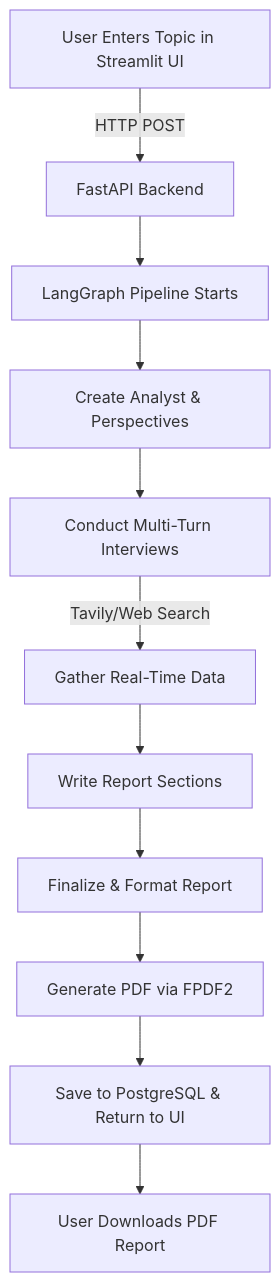
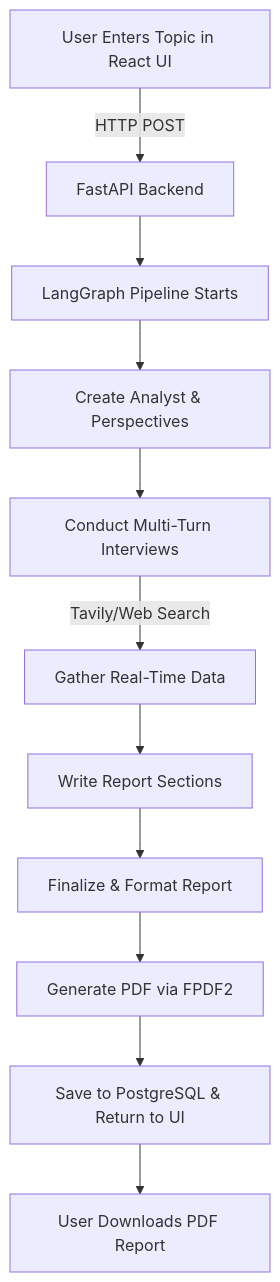
The diagram in README.md (sumanghosh108/AgenticAI), drawn with Mermaid before and after one commit. The commit also changed other lines of this file and 5402 other files, not shown here.

````diff
--- a/README.md
+++ b/README.md
@@ -36,13 +36,13 @@
 ```mermaid
 graph TD
-    A[User Enters Topic in Streamlit UI] -->|HTTP POST| B[FastAPI Backend]
+    A[User Enters Topic in React UI] -->|HTTP POST| B[FastAPI Backend]
     B --> C[LangGraph Pipeline Starts]
     C --> D[Create Analyst & Perspectives]
     D --> E[Conduct Multi-Turn Interviews]
     E -->|Tavily/Web Search| F[Gather Real-Time Data]
     F --> G[Write Report Sections]
     G --> H[Finalize & Format Report]
     H --> I[Generate PDF via FPDF2]
     I --> J[Save to PostgreSQL & Return to UI]
     J --> K[User Downloads PDF Report]
 ```
````
